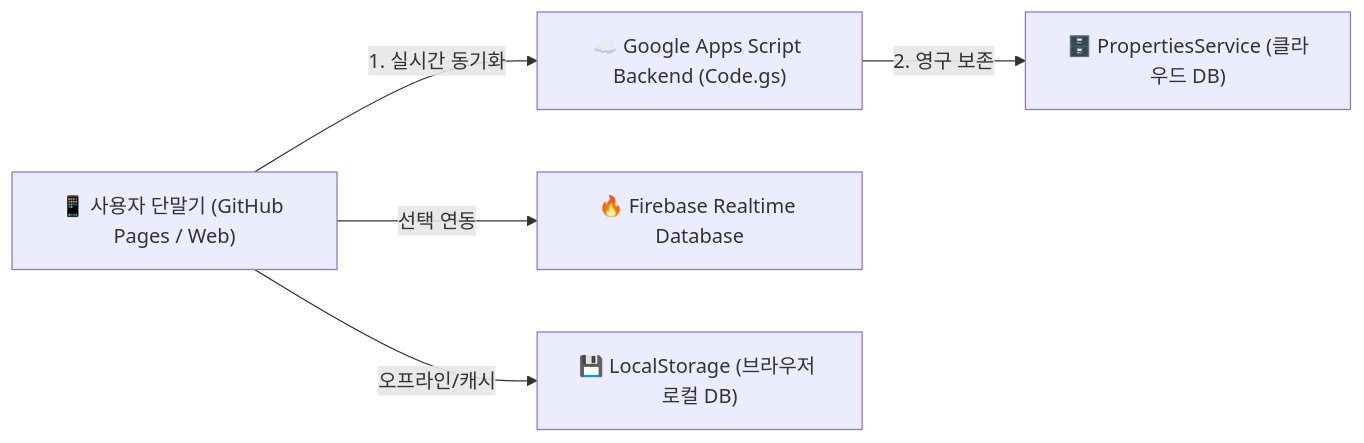
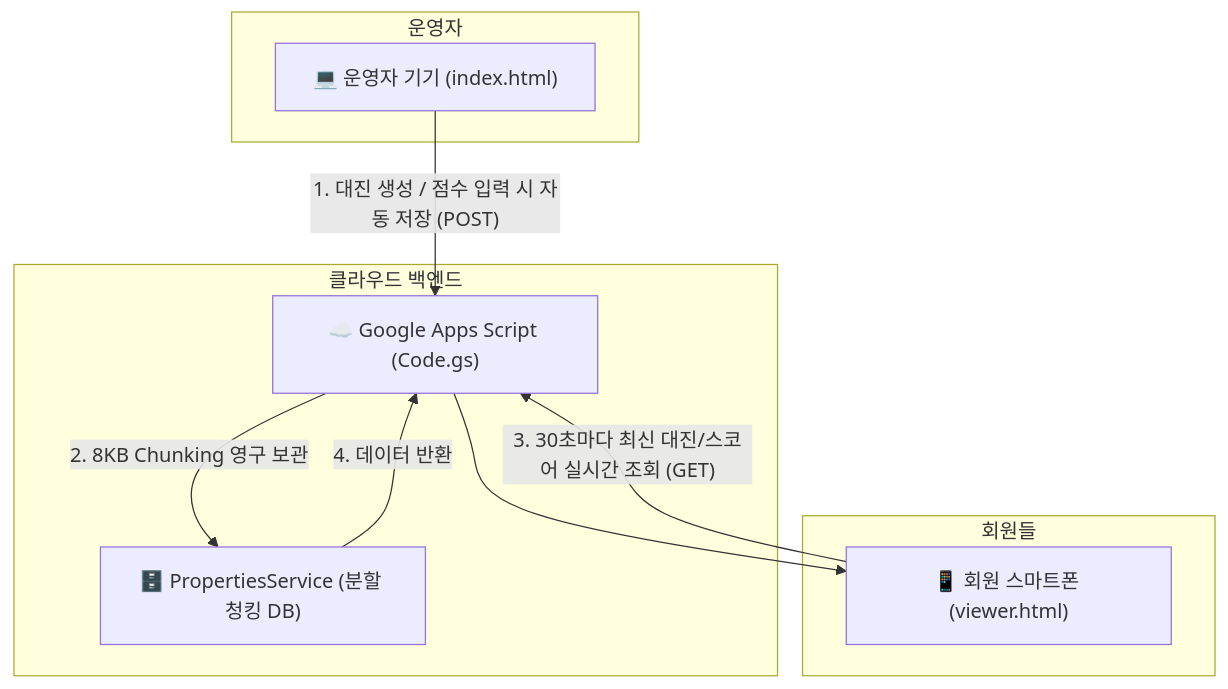
One commit to dydrb87-eng/BestTennis changed the diagram in README.md. Above: the diagram before and after it, drawn with Mermaid. The commit also changed other lines of this file and 4 other files, not shown here.

Commit message:
feat: unlock admin mode, support cloud backend sync across devices, and add member viewer.html

````diff
--- a/README.md
+++ b/README.md
@@ -31,7 +35,19 @@
 ```mermaid
-flowchart LR
-    A["📱 사용자 단말기 (GitHub Pages / Web)"] -->|1. 실시간 동기화| B["☁️ Google Apps Script Backend (Code.gs)"]
-    B -->|2. 영구 보존| C["🗄️ PropertiesService (클라우드 DB)"]
-    A -->|선택 연동| D["🔥 Firebase Realtime Database"]
-    A -->|오프라인/캐시| E["💾 LocalStorage (브라우저 로컬 DB)"]
+flowchart TD
+    subgraph 운영자
+      A["💻 운영자 기기 (index.html)"]
+    end
+    subgraph 회원들
+      B["📱 회원 스마트폰 (viewer.html)"]
+    end
+    subgraph 클라우드 백엔드
+      C["☁️ Google Apps Script (Code.gs)"]
+      D["🗄️ PropertiesService (분할 청킹 DB)"]
+    end
+    
+    A -->|"1. 대진 생성 / 점수 입력 시 자동 저장 (POST)"| C
+    C -->|"2. 8KB Chunking 영구 보관"| D
+    B -->|"3. 30초마다 최신 대진/스코어 실시간 조회 (GET)"| C
+    D -->|"4. 데이터 반환"| C
+    C --> B
 ```
````
